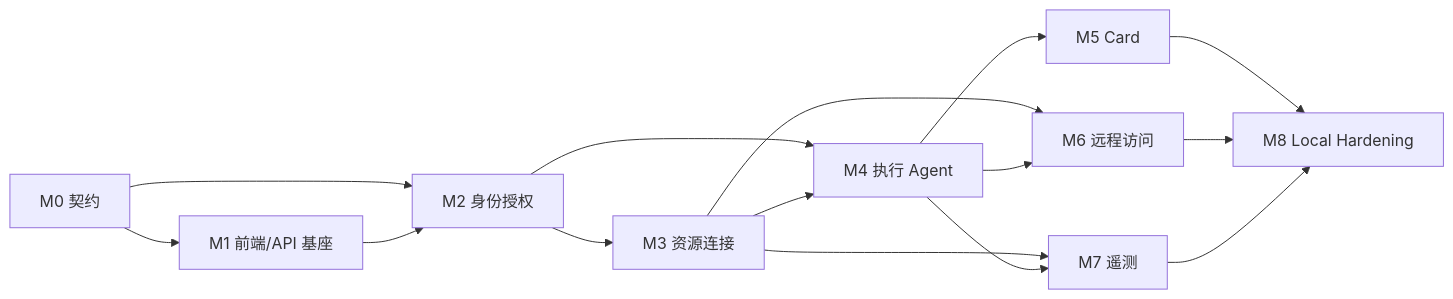
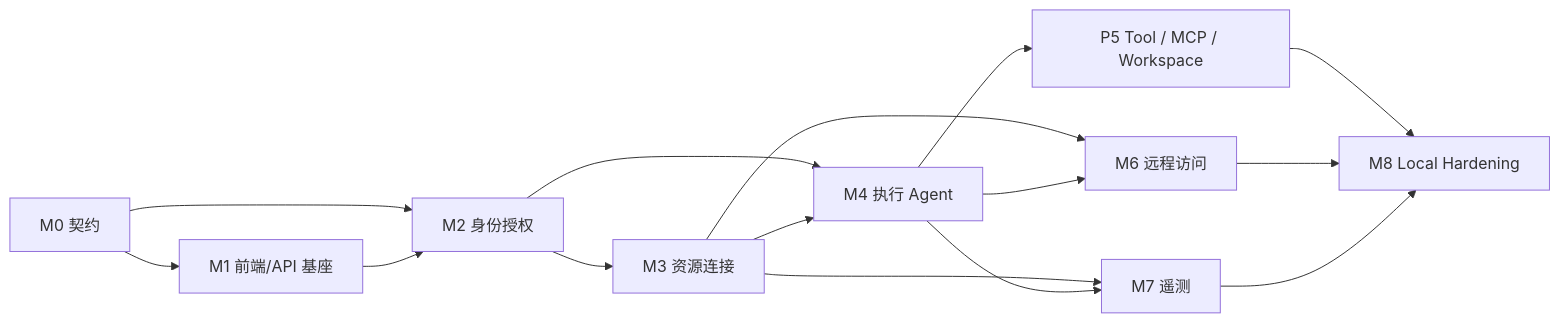
The diagram in docs/15-end-to-end-implementation-plan.md (Minecodex/Argus), drawn with Mermaid before and after one commit. The commit also changed other lines of this file and 627 other files, not shown here.

First line of the commit message:
实现 PlanV5 工具网关、企业 MCP 与持久 Workspace

````diff
--- a/docs/15-end-to-end-implementation-plan.md
+++ b/docs/15-end-to-end-implementation-plan.md
@@ -103,17 +103,17 @@
 ```mermaid
 flowchart LR
     M0["M0 契约"] --> M1["M1 前端/API 基座"]
     M0 --> M2["M2 身份授权"]
     M1 --> M2
     M2 --> M3["M3 资源连接"]
     M2 --> M4["M4 执行 Agent"]
     M3 --> M4
-    M4 --> M5["M5 Card"]
+    M4 --> P5["P5 Tool / MCP / Workspace"]
     M3 --> M6["M6 远程访问"]
     M4 --> M6
     M3 --> M7["M7 遥测"]
     M4 --> M7
-    M5 --> M8["M8 Local Hardening"]
+    P5 --> M8["M8 Local Hardening"]
     M6 --> M8
     M7 --> M8
 ```
````
